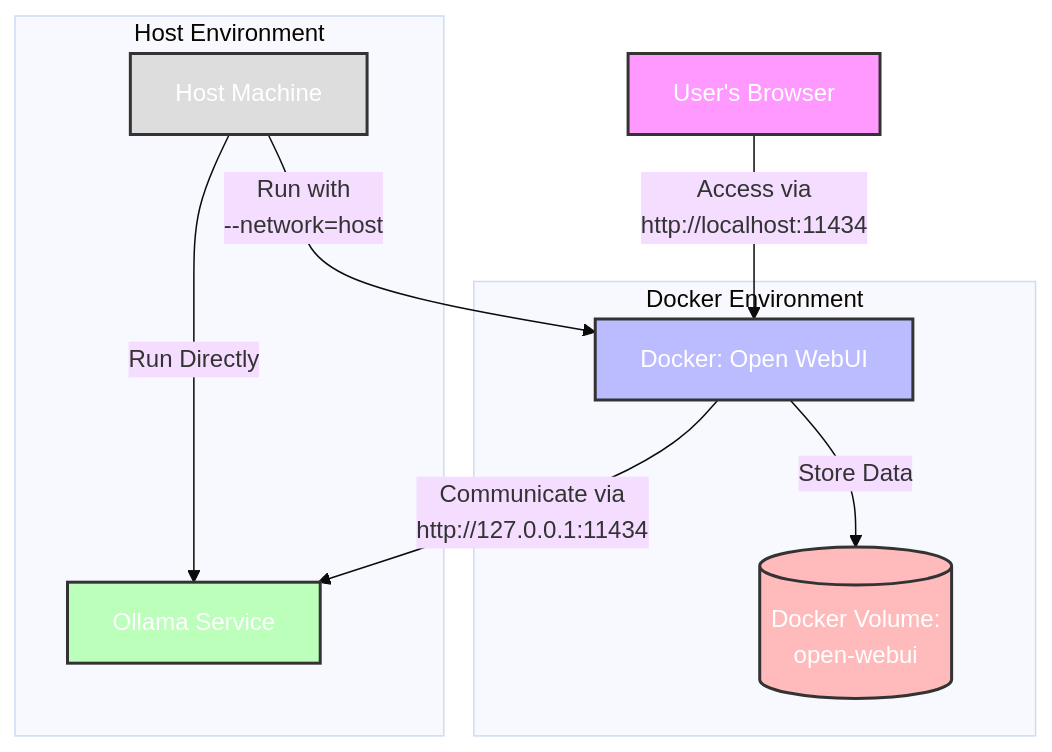
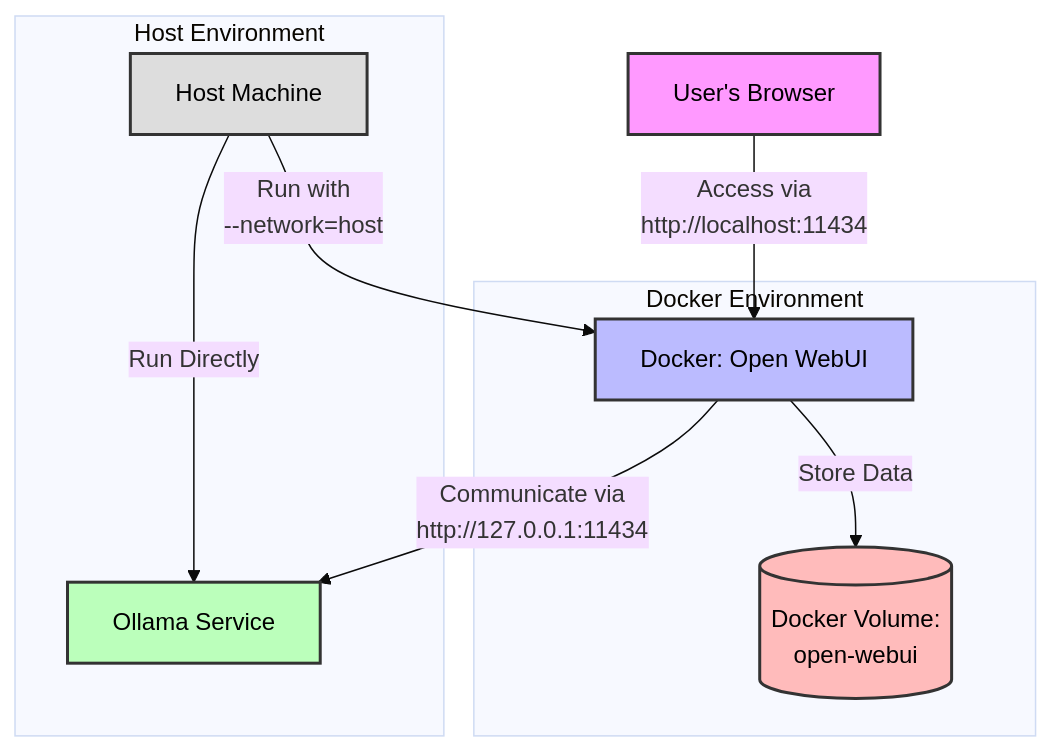
One commit to gnukeith/local-llm-guide changed the diagram in README.md. Above: the diagram before and after it, drawn with Mermaid (base theme). The commit also changed other lines of this file, not shown here.

Commit message:
chore: Update README.md with consistent image size for QR codes

````diff
--- a/README.md
+++ b/README.md
@@ -190,24 +192,24 @@
 ```mermaid
 graph TD
     A[User's Browser] -->|Access via<br>http://localhost:11434| B[Docker: Open WebUI]
     B -->|Communicate via<br>http://127.0.0.1:11434| C[Ollama Service]
     B -->|Store Data| D[(Docker Volume:<br>open-webui)]
     E[Host Machine] -->|Run with<br>--network=host| B
     E -->|Run Directly| C
     
     subgraph Docker Environment
     B
     D
     end
     
     subgraph Host Environment
     E
     C
     end
 
-    style A fill:#f9f,stroke:#333,stroke-width:2px,color:#fff
-    style B fill:#bbf,stroke:#333,stroke-width:2px,color:#fff
-    style C fill:#bfb,stroke:#333,stroke-width:2px,color:#fff
-    style D fill:#fbb,stroke:#333,stroke-width:2px,color:#fff
-    style E fill:#ddd,stroke:#333,stroke-width:2px,color:#fff
+    style A fill:#f9f,stroke:#333,stroke-width:2px,color:black
+    style B fill:#bbf,stroke:#333,stroke-width:2px,color:black
+    style C fill:#bfb,stroke:#333,stroke-width:2px,color:black
+    style D fill:#fbb,stroke:#333,stroke-width:2px,color:black
+    style E fill:#ddd,stroke:#333,stroke-width:2px,color:black
 ```
````
